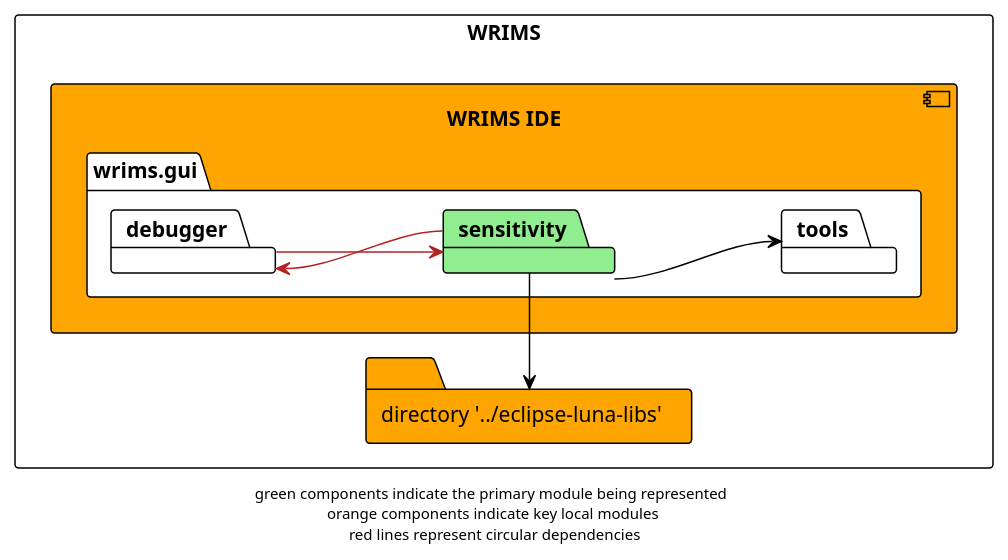
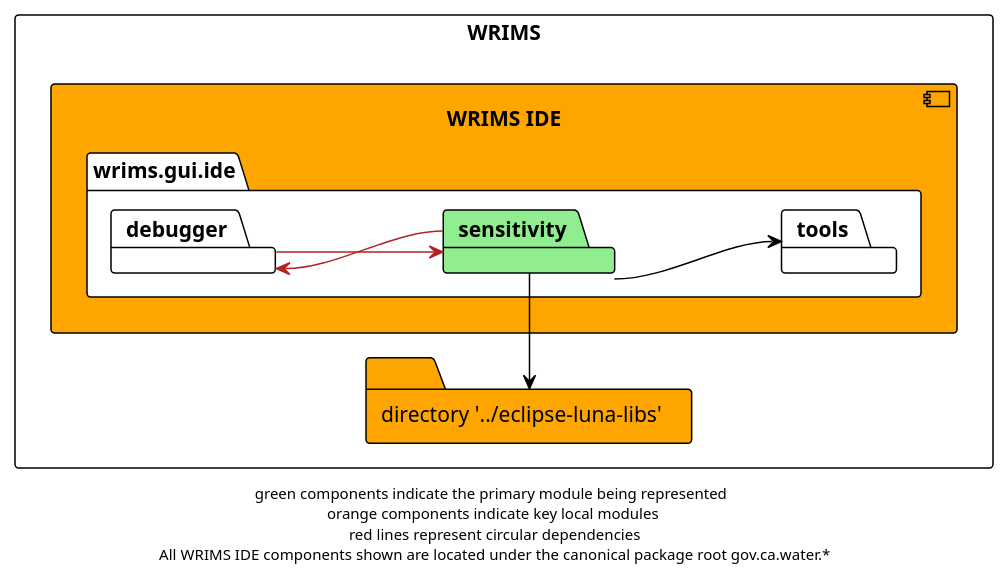
One commit to CentralValleyModeling/wrims-gui changed the diagram in docs/diagrams/wrims-modules/wrims-ide/wrims-ide_sensitivity.plantuml. Above: the diagram before and after it, drawn with PlantUML. The commit also changed 21 other files, not shown here.

Commit message:
Updated diagrams with missing canonical tld paths

```diff
--- a/docs/diagrams/wrims-modules/wrims-ide/wrims-ide_sensitivity.plantuml
+++ b/docs/diagrams/wrims-modules/wrims-ide/wrims-ide_sensitivity.plantuml
@@ -1,25 +1,25 @@
 @startuml
 
 !theme plain
 left to right direction
 skinparam linetype ortho
 
 rectangle WRIMS {
     component wrims-ide as "WRIMS IDE" #orange {
-        package wrims.gui {
+        package wrims.gui.ide {
             package sensitivity #lightgreen
             package tools
             package debugger
         }
     }
 
     folder luna_libs as "directory '../eclipse-luna-libs'" #orange
 }
 sensitivity -r-> luna_libs
 sensitivity --> tools
 sensitivity -u-> debugger #firebrick
 
 debugger -> sensitivity #firebrick
 
-footer "green components indicate the primary module being represented \n orange components indicate key local modules \n red lines represent circular dependencies"
+footer "green components indicate the primary module being represented \n orange components indicate key local modules \n red lines represent circular dependencies\n All WRIMS IDE components shown are located under the canonical package root gov.ca.water.*"
 @enduml
```
